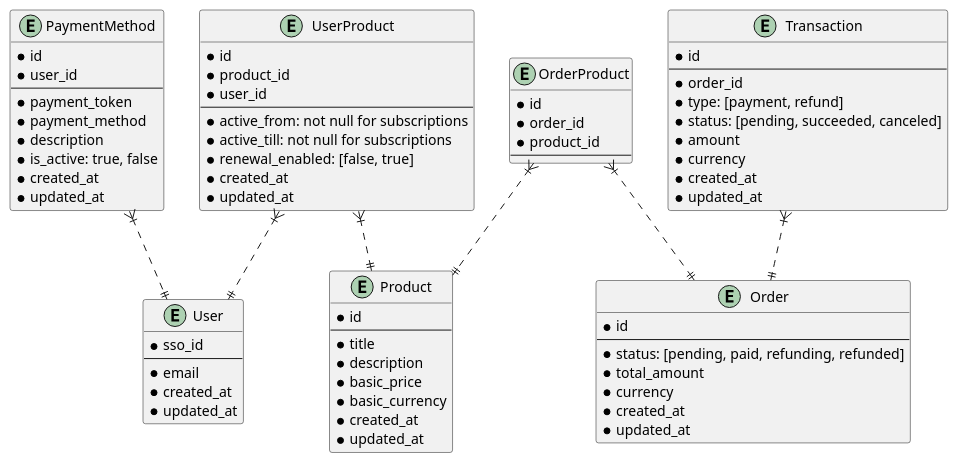
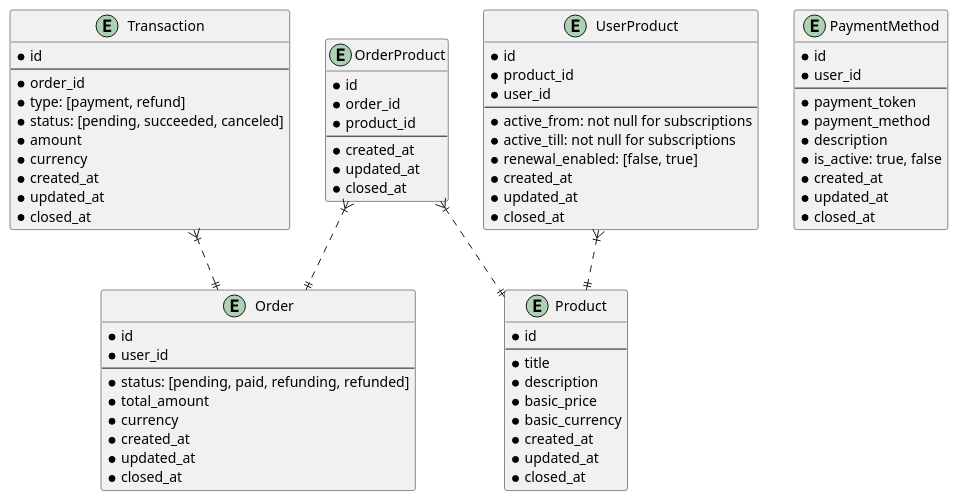
Before and after one commit to sdilman/graduate_work: the diagram in services/billing/docs/db_diagram.puml, drawn with PlantUML. The commit also changed 10 other files, not shown here.

```diff
--- a/services/billing/docs/db_diagram.puml
+++ b/services/billing/docs/db_diagram.puml
@@ -1,84 +1,81 @@
 @startuml
-
-
-entity User {
-  * sso_id
-  --
-  * email
-  * created_at
-  * updated_at
-}
 
 entity Transaction {
   * id
   --
   * order_id
   * type: [payment, refund]
   * status: [pending, succeeded, canceled]
   * amount
   * currency
   * created_at
   * updated_at
+  * closed_at
 }
 
 entity Product {
   * id
   --
   * title
   * description
   * basic_price
   * basic_currency
   * created_at
   * updated_at
+  * closed_at
 }
 
 entity OrderProduct {
   * id
   * order_id
   * product_id
   --
+  * created_at
+  * updated_at
+  * closed_at
 }
 
 entity UserProduct {
   * id
   * product_id
   * user_id
   --
   * active_from: not null for subscriptions
   * active_till: not null for subscriptions
   * renewal_enabled: [false, true]
   * created_at
   * updated_at
+  * closed_at
 }
 
 entity Order {
   * id
+  * user_id
   --
   * status: [pending, paid, refunding, refunded]
   * total_amount
   * currency
   * created_at
   * updated_at
+  * closed_at
 }
 
 entity PaymentMethod {
   * id
   * user_id
   --
   * payment_token
   * payment_method
   * description
   * is_active: true, false
   * created_at
   * updated_at
+  * closed_at
 }
 
 Transaction }|..|| Order
-UserProduct }|..|| User
 UserProduct }|..|| Product
 OrderProduct }|..|| Product
 OrderProduct }|..|| Order
-PaymentMethod }|..|| User
-
 
 @enduml
```
